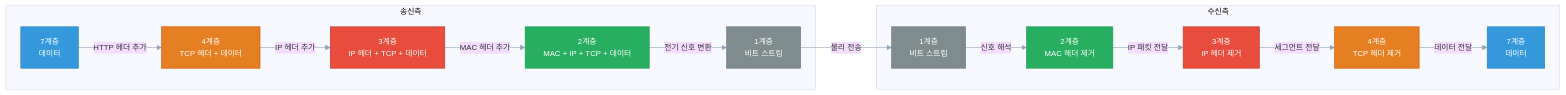
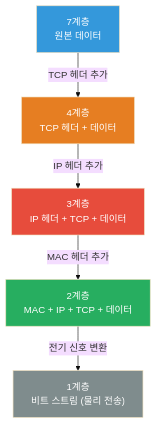
One commit to leekh8/leekh8.github.io changed the second of 3 diagrams in contents/posts/Network/osi-7-layers/index.md. Above: the diagram before and after it, drawn with Mermaid. The commit also changed other lines of this file and 3 other files, not shown here.

Commit message:
fix: 폰트 크기 축소, OSI bold 렌더링 수정, 캡슐화 다이어그램 세로 분리

````diff
--- a/contents/posts/Network/osi-7-layers/index.md
+++ b/contents/posts/Network/osi-7-layers/index.md
@@ -144,30 +146,20 @@
 ```mermaid
-%%{init: {'theme': 'base', 'themeVariables': {'fontSize': '13px', 'lineColor': '#94A3B8'}}}%%
-graph LR
-    subgraph 송신측
-        S7["7계층<br/>데이터"] -->|"HTTP 헤더 추가"| S4["4계층<br/>TCP 헤더 + 데이터"]
-        S4 -->|"IP 헤더 추가"| S3["3계층<br/>IP 헤더 + TCP + 데이터"]
-        S3 -->|"MAC 헤더 추가"| S2["2계층<br/>MAC + IP + TCP + 데이터"]
-        S2 -->|"전기 신호 변환"| S1["1계층<br/>비트 스트림"]
-    end
+%%{init: {"theme": "base"}}%%
+flowchart TB
+    S7["7계층<br/>원본 데이터"]
+    S4["4계층<br/>TCP 헤더 + 데이터"]
+    S3["3계층<br/>IP 헤더 + TCP + 데이터"]
+    S2["2계층<br/>MAC + IP + TCP + 데이터"]
+    S1["1계층<br/>비트 스트림 (물리 전송)"]
 
-    subgraph 수신측
-        R1["1계층<br/>비트 스트림"] -->|"신호 해석"| R2["2계층<br/>MAC 헤더 제거"]
-        R2 -->|"IP 패킷 전달"| R3["3계층<br/>IP 헤더 제거"]
-        R3 -->|"세그먼트 전달"| R4["4계층<br/>TCP 헤더 제거"]
-        R4 -->|"데이터 전달"| R7["7계층<br/>데이터"]
-    end
+    S7 -->|"TCP 헤더 추가"| S4
+    S4 -->|"IP 헤더 추가"| S3
+    S3 -->|"MAC 헤더 추가"| S2
+    S2 -->|"전기 신호 변환"| S1
 
-    S1 -->|"물리 전송"| R1
-
-    style S7 fill:#3498db,color:#fff,stroke:#2980b9
-    style S4 fill:#e67e22,color:#fff,stroke:#d35400
-    style S3 fill:#e74c3c,color:#fff,stroke:#c0392b
-    style S2 fill:#27ae60,color:#fff,stroke:#219a52
-    style S1 fill:#7f8c8d,color:#fff,stroke:#6c7a7d
-    style R1 fill:#7f8c8d,color:#fff,stroke:#6c7a7d
-    style R2 fill:#27ae60,color:#fff,stroke:#219a52
-    style R3 fill:#e74c3c,color:#fff,stroke:#c0392b
-    style R4 fill:#e67e22,color:#fff,stroke:#d35400
-    style R7 fill:#3498db,color:#fff,stroke:#2980b9
+    style S7 fill:#3498db,color:#fff
+    style S4 fill:#e67e22,color:#fff
+    style S3 fill:#e74c3c,color:#fff
+    style S2 fill:#27ae60,color:#fff
+    style S1 fill:#7f8c8d,color:#fff
 ```
````
